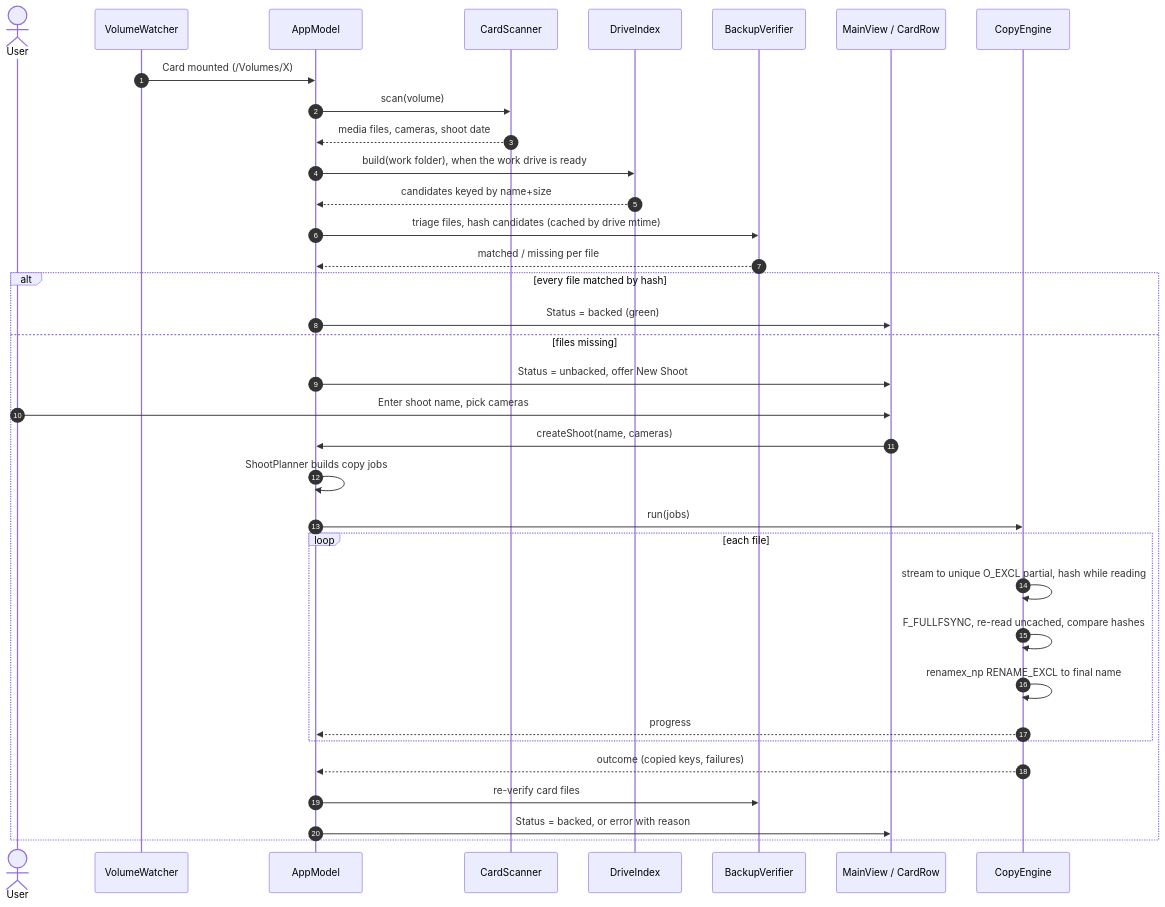
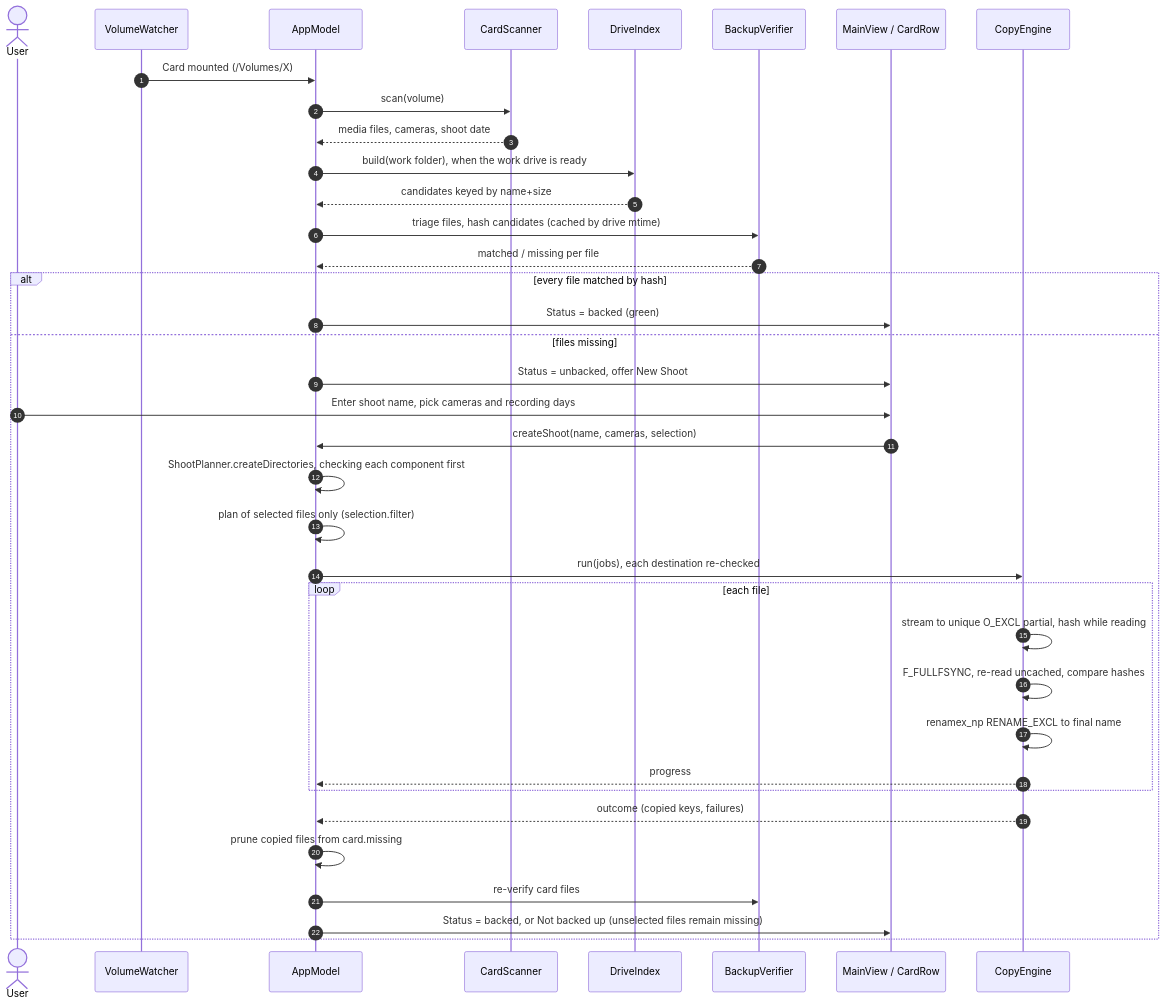
Before and after one commit to jonocorpuz/Auto: the second of 2 diagrams in ARCHITECTURE.md, drawn with Mermaid. The commit also changed other lines of this file and 1 other file, not shown here.

Commit message:
docs: record camera/day selection, partial shoots and destination checks

````diff
--- a/ARCHITECTURE.md
+++ b/ARCHITECTURE.md
@@ -151,38 +153,40 @@
 ```mermaid
 sequenceDiagram
     autonumber
     actor User
     participant Watcher as VolumeWatcher
     participant Model as AppModel
     participant Scanner as CardScanner
     participant Index as DriveIndex
     participant Verify as BackupVerifier
     participant UI as MainView / CardRow
     participant Copy as CopyEngine
 
     Watcher->>Model: Card mounted (/Volumes/X)
     Model->>Scanner: scan(volume)
     Scanner-->>Model: media files, cameras, shoot date
     Model->>Index: build(work folder), when the work drive is ready
     Index-->>Model: candidates keyed by name+size
     Model->>Verify: triage files, hash candidates (cached by drive mtime)
     Verify-->>Model: matched / missing per file
     alt every file matched by hash
         Model->>UI: Status = backed (green)
     else files missing
         Model->>UI: Status = unbacked, offer New Shoot
-        User->>UI: Enter shoot name, pick cameras
-        UI->>Model: createShoot(name, cameras)
-        Model->>Model: ShootPlanner builds copy jobs
-        Model->>Copy: run(jobs)
+        User->>UI: Enter shoot name, pick cameras and recording days
+        UI->>Model: createShoot(name, cameras, selection)
+        Model->>Model: ShootPlanner.createDirectories, checking each component first
+        Model->>Model: plan of selected files only (selection.filter)
+        Model->>Copy: run(jobs), each destination re-checked
         loop each file
             Copy->>Copy: stream to unique O_EXCL partial, hash while reading
             Copy->>Copy: F_FULLFSYNC, re-read uncached, compare hashes
             Copy->>Copy: renamex_np RENAME_EXCL to final name
             Copy-->>Model: progress
         end
         Copy-->>Model: outcome (copied keys, failures)
+        Model->>Model: prune copied files from card.missing
         Model->>Verify: re-verify card files
-        Model->>UI: Status = backed, or error with reason
+        Model->>UI: Status = backed, or Not backed up (unselected files remain missing)
     end
 ```
````
